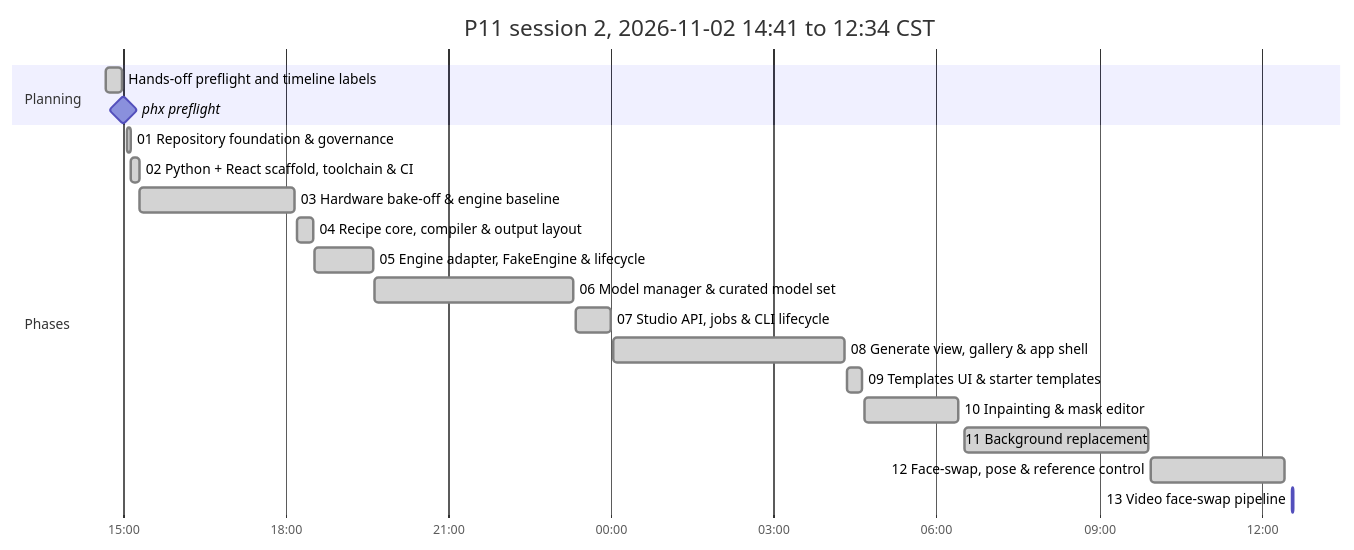
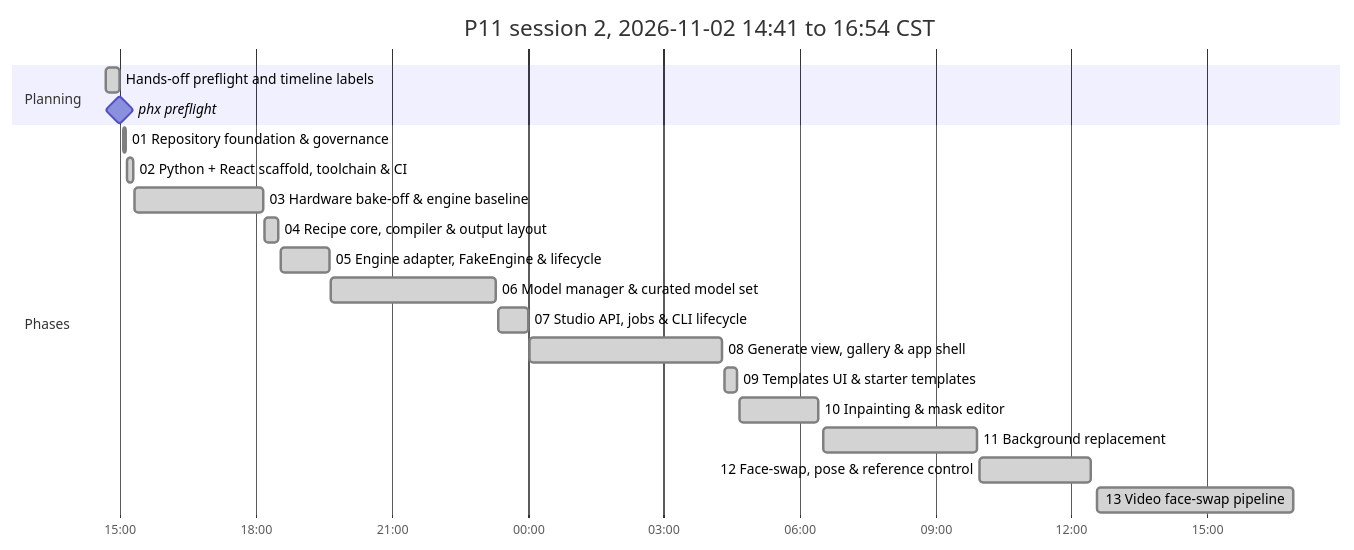
One commit to antonizick/project1111 changed the second of 2 diagrams in P11_IMPLEMENTATION_PLAN.md. Above: the diagram before and after it, drawn with Mermaid. The commit also changed other lines of this file and 1 other file, not shown here.

Commit message:
docs(plan): refresh timeline

````diff
--- a/P11_IMPLEMENTATION_PLAN.md
+++ b/P11_IMPLEMENTATION_PLAN.md
@@ -74,23 +74,23 @@
 ```mermaid
 gantt
-    title P11 session 2, 2026-11-02 14:41 to 12:34 CST
+    title P11 session 2, 2026-11-02 14:41 to 16:54 CST
     dateFormat YYYY-MM-DD HH:mm
     axisFormat %H:%M
     section Planning
     Hands-off preflight and timeline labels :done, plan3, 2026-11-02 14:41, 2026-11-02 14:59
     phx preflight :milestone, pf13ee0d5, 2026-11-02 15:00, 0m
     section Phases
     01 Repository foundation & governance :done, p01s2, 2026-11-02 15:05, 2026-11-02 15:08
     02 Python + React scaffold, toolchain & CI :done, p02s2, 2026-11-02 15:09, 2026-11-02 15:18
     03 Hardware bake-off & engine baseline :done, p03s2, 2026-11-02 15:19, 2026-11-02 18:10
     04 Recipe core, compiler & output layout :done, p04s2, 2026-11-02 18:12, 2026-11-02 18:30
     05 Engine adapter, FakeEngine & lifecycle :done, p05s2, 2026-11-02 18:32, 2026-11-02 19:37
     06 Model manager & curated model set :done, p06s2, 2026-11-02 19:39, 2026-11-02 23:18
     07 Studio API, jobs & CLI lifecycle :done, p07s2, 2026-11-02 23:21, 2026-11-03 00:00
     08 Generate view, gallery & app shell :done, p08s2, 2026-11-03 00:03, 2026-11-03 04:18
     09 Templates UI & starter templates :done, p09s2, 2026-11-03 04:21, 2026-11-03 04:38
     10 Inpainting & mask editor :done, p10s2, 2026-11-03 04:41, 2026-11-03 06:25
     11 Background replacement :done, p11s2, 2026-11-03 06:31, 2026-11-03 09:55
     12 Face-swap, pose & reference control :done, p12s2, 2026-11-03 09:58, 2026-11-03 12:25
-    13 Video face-swap pipeline :active, p13s2, 2026-11-03 12:34, 2026-11-03 12:35
+    13 Video face-swap pipeline :done, p13s2, 2026-11-03 12:34, 2026-11-03 16:54
 ```
````
